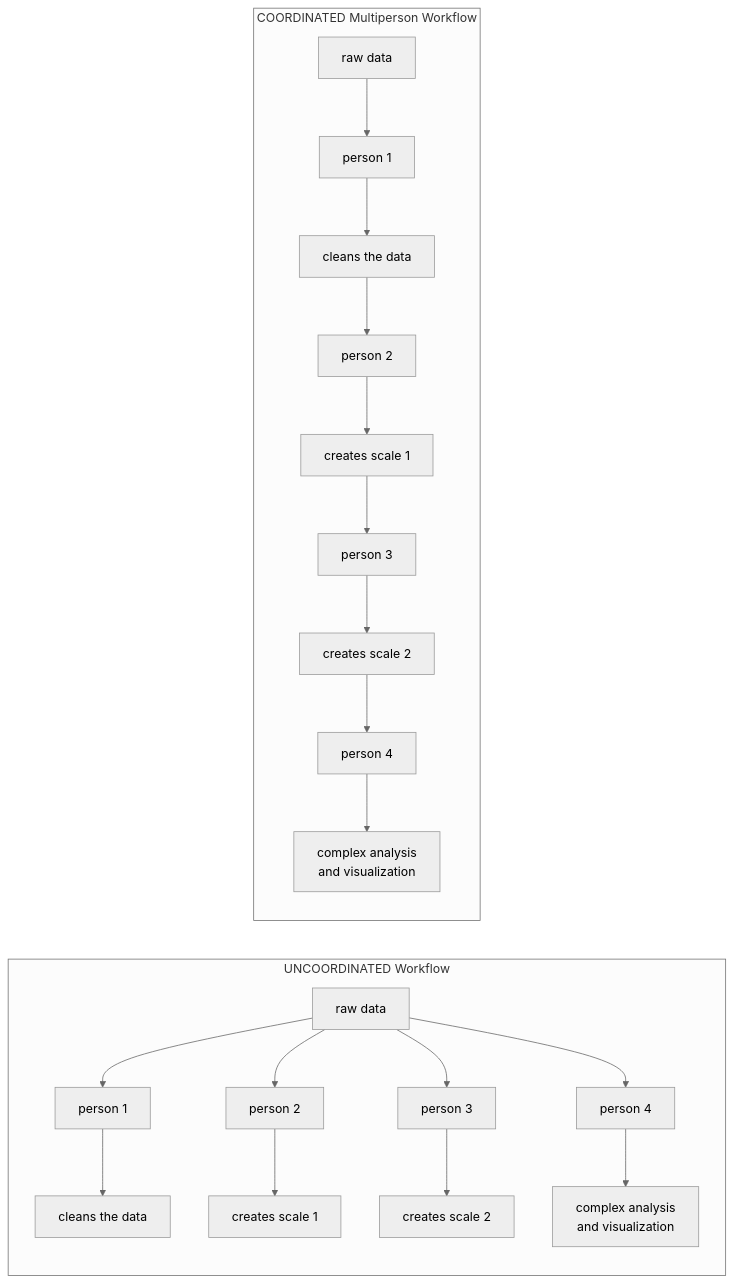
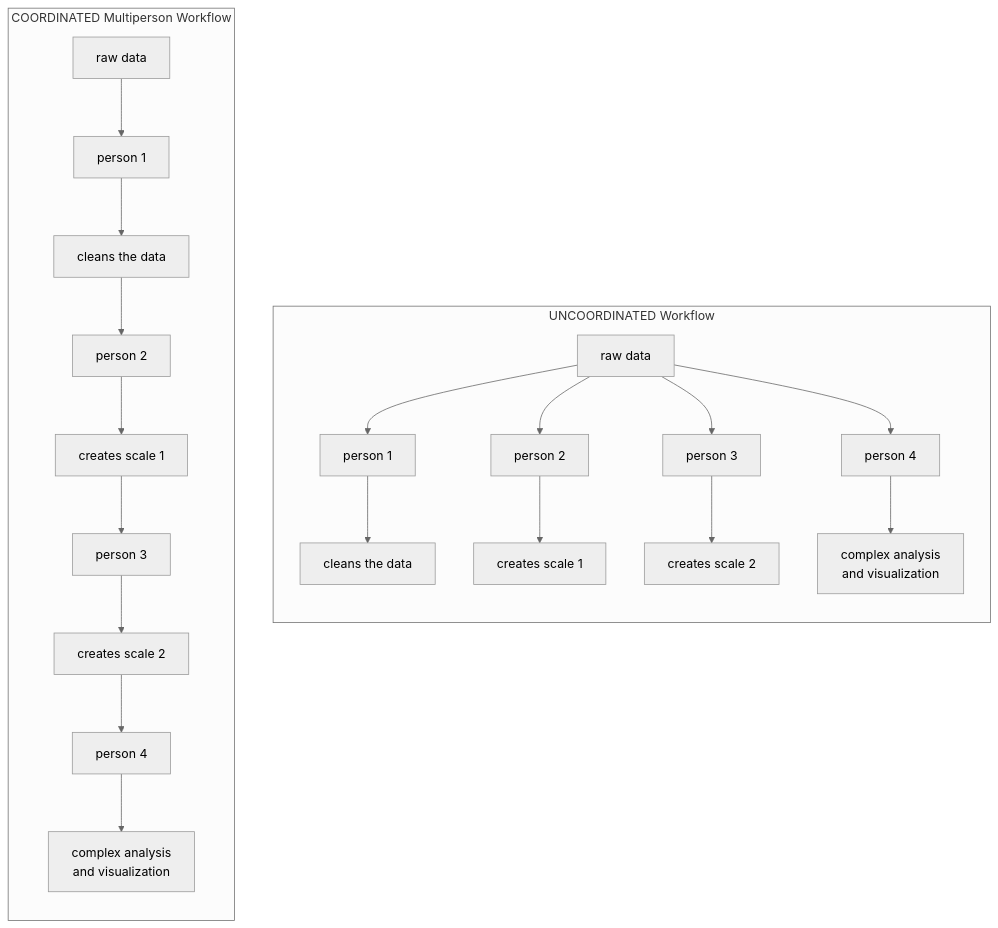
One commit to agrogan1/teaching changed the second of 2 diagrams in workflow/workflow.qmd. Above: the diagram before and after it, drawn with Mermaid (neutral theme). The commit also changed other lines of this file and 6 other files, not shown here.

Commit message:
used Quarto layout :::'s and mermaid direction statements to improve graph

````diff
--- a/workflow/workflow.qmd
+++ b/workflow/workflow.qmd
@@ -217,6 +219,6 @@
 ```{mermaid}
 
-flowchart LR 
+flowchart TB 
 
 %% first block: Uncoordinated Workflow
 
@@ -258,6 +260,8 @@
 
 subgraph "UNCOORDINATED Workflow" 
 
+direction TB
+
 rawdataA-->person1A
 
 person1A-->cleandataA
@@ -278,6 +282,8 @@
 
 subgraph "COORDINATED Multiperson Workflow"
 
+direction TB
+
 rawdataB-->person1B
 
 person1B-->cleandataB
````
